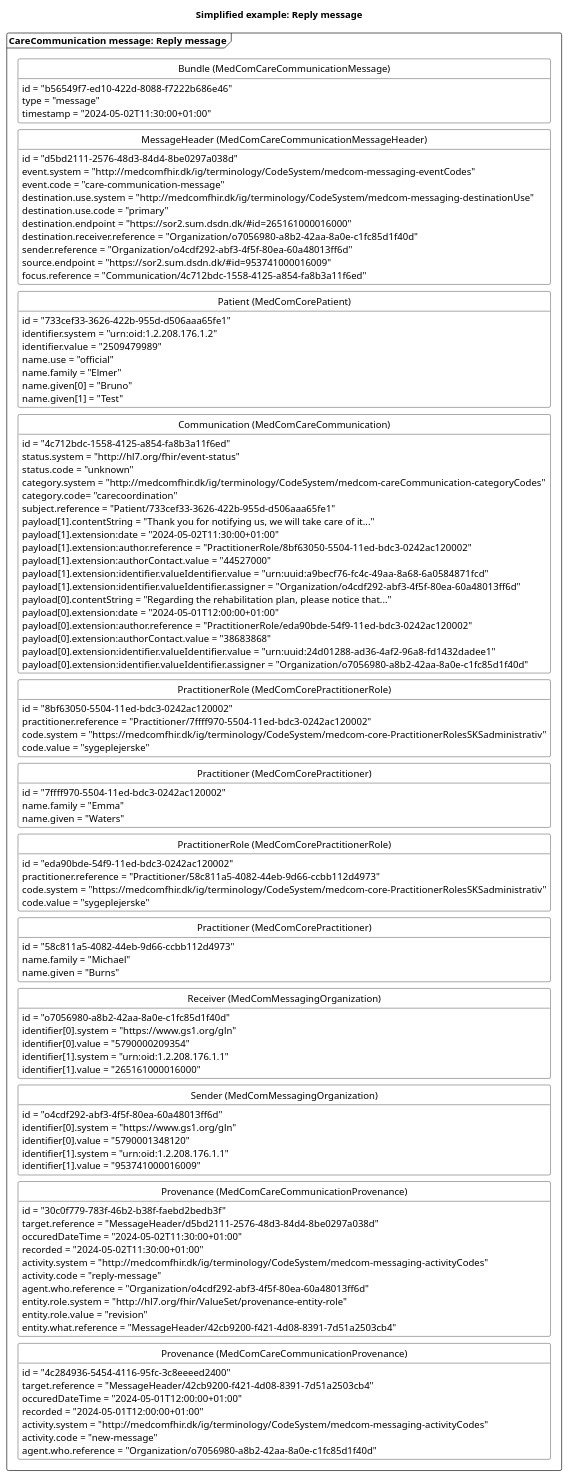
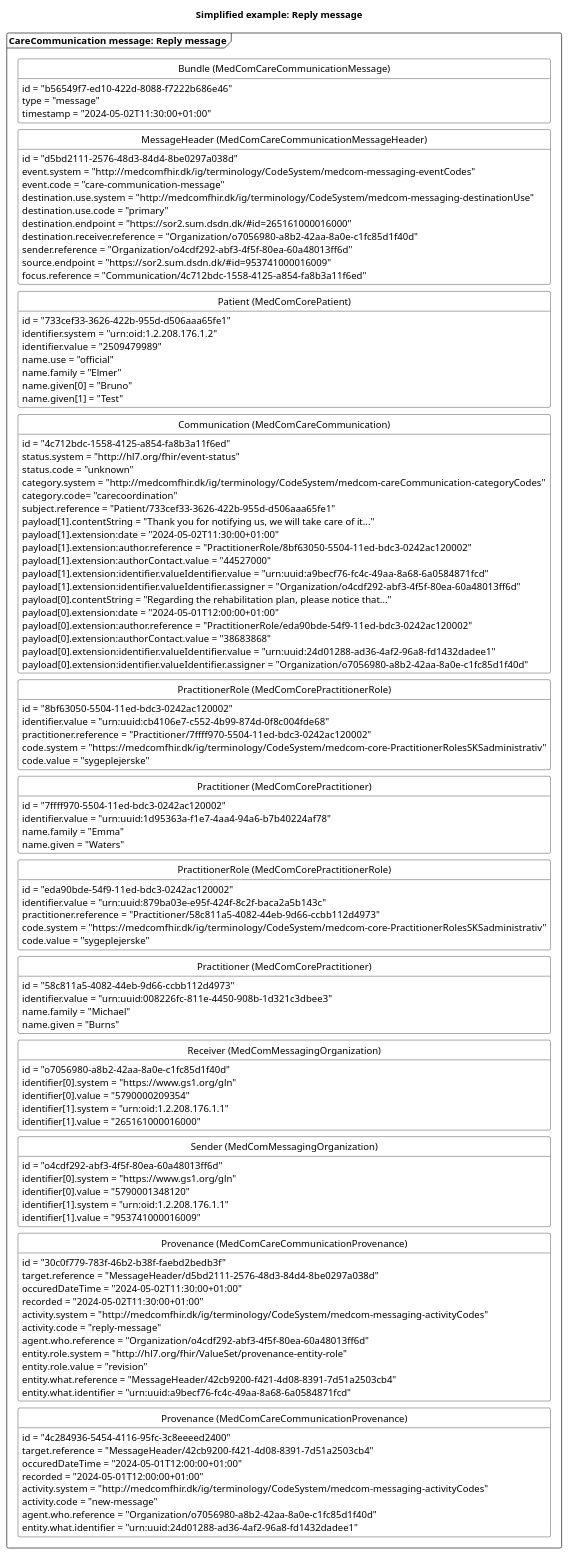
The diagram in puml/CareCommunicationReplyMessage.puml (medcomdk/dk-medcom-carecommunication), drawn with PlantUML before and after one commit. The commit also changed 2 other files, not shown here.

Commit message:
update of uml diagrams

```diff
--- a/puml/CareCommunicationReplyMessage.puml
+++ b/puml/CareCommunicationReplyMessage.puml
@@ -1,137 +1,143 @@
 @startuml CCreplyMessage
 
 'layout
 skinparam class {
     BackgroundColor White
     BorderColor Black
     ArrowColor Black
   }
 hide circle
 hide empty members
 skinparam SameClassWidth true
 skinparam Ranksep 10
 
 
 'title
 title Simplified example: Reply message
 
 'Message 1: reply message
 package "CareCommunication message: Reply message" as reply <<Frame>>{
     class "Bundle (MedComCareCommunicationMessage)" as replyB {
         id = "b56549f7-ed10-422d-8088-f7222b686e46"
         type = "message"
         timestamp = "2024-05-02T11:30:00+01:00"
     }
     class "MessageHeader (MedComCareCommunicationMessageHeader)" as replyMH{
         id = "d5bd2111-2576-48d3-84d4-8be0297a038d"
         event.system = "http://medcomfhir.dk/ig/terminology/CodeSystem/medcom-messaging-eventCodes"
         event.code = "care-communication-message"
         destination.use.system = "http://medcomfhir.dk/ig/terminology/CodeSystem/medcom-messaging-destinationUse"
         destination.use.code = "primary"
         destination.endpoint = "https://sor2.sum.dsdn.dk/#id=265161000016000"
         destination.receiver.reference = "Organization/o7056980-a8b2-42aa-8a0e-c1fc85d1f40d"
         sender.reference = "Organization/o4cdf292-abf3-4f5f-80ea-60a48013ff6d"
         source.endpoint = "https://sor2.sum.dsdn.dk/#id=953741000016009"
         focus.reference = "Communication/4c712bdc-1558-4125-a854-fa8b3a11f6ed"
     }
     class "Patient (MedComCorePatient)" as replyPT{
         id = "733cef33-3626-422b-955d-d506aaa65fe1"
         identifier.system = "urn:oid:1.2.208.176.1.2"
         identifier.value = "2509479989"
         name.use = "official"
         name.family = "Elmer"
         name.given[0] = "Bruno"
         name.given[1] = "Test"
     }
     class "Communication (MedComCareCommunication)" as replyCom{
         id = "4c712bdc-1558-4125-a854-fa8b3a11f6ed"
         status.system = "http://hl7.org/fhir/event-status" 
         status.code = "unknown"
         category.system = "http://medcomfhir.dk/ig/terminology/CodeSystem/medcom-careCommunication-categoryCodes"
         category.code= "carecoordination"
         subject.reference = "Patient/733cef33-3626-422b-955d-d506aaa65fe1"
         payload[1].contentString = "Thank you for notifying us, we will take care of it..."
         payload[1].extension:date = "2024-05-02T11:30:00+01:00"
         payload[1].extension:author.reference = "PractitionerRole/8bf63050-5504-11ed-bdc3-0242ac120002"
         payload[1].extension:authorContact.value = "44527000"
         payload[1].extension:identifier.valueIdentifier.value = "urn:uuid:a9becf76-fc4c-49aa-8a68-6a0584871fcd"
         payload[1].extension:identifier.valueIdentifier.assigner = "Organization/o4cdf292-abf3-4f5f-80ea-60a48013ff6d"
         payload[0].contentString = "Regarding the rehabilitation plan, please notice that..."
         payload[0].extension:date = "2024-05-01T12:00:00+01:00"
         payload[0].extension:author.reference = "PractitionerRole/eda90bde-54f9-11ed-bdc3-0242ac120002"
         payload[0].extension:authorContact.value = "38683868"
         payload[0].extension:identifier.valueIdentifier.value = "urn:uuid:24d01288-ad36-4af2-96a8-fd1432dadee1"
         payload[0].extension:identifier.valueIdentifier.assigner = "Organization/o7056980-a8b2-42aa-8a0e-c1fc85d1f40d"
     } 
     class "PractitionerRole (MedComCorePractitionerRole)" as replyPracR{
         id = "8bf63050-5504-11ed-bdc3-0242ac120002"
+        identifier.value = "urn:uuid:cb4106e7-c552-4b99-874d-0f8c004fde68"
         practitioner.reference = "Practitioner/7ffff970-5504-11ed-bdc3-0242ac120002"
         code.system = "https://medcomfhir.dk/ig/terminology/CodeSystem/medcom-core-PractitionerRolesSKSadministrativ"
         code.value = "sygeplejerske"
     }
     class "Practitioner (MedComCorePractitioner)" as replyPrac{
         id = "7ffff970-5504-11ed-bdc3-0242ac120002"
+        identifier.value = "urn:uuid:1d95363a-f1e7-4aa4-94a6-b7b40224af78"
         name.family = "Emma"
         name.given = "Waters"
     }
     class "PractitionerRole (MedComCorePractitionerRole)" as newPracR{
         id = "eda90bde-54f9-11ed-bdc3-0242ac120002"
+        identifier.value = "urn:uuid:879ba03e-e95f-424f-8c2f-baca2a5b143c"
         practitioner.reference = "Practitioner/58c811a5-4082-44eb-9d66-ccbb112d4973"
         code.system = "https://medcomfhir.dk/ig/terminology/CodeSystem/medcom-core-PractitionerRolesSKSadministrativ"
         code.value = "sygeplejerske"
     }
     class "Practitioner (MedComCorePractitioner)" as newPrac{
         id = "58c811a5-4082-44eb-9d66-ccbb112d4973"
+        identifier.value = "urn:uuid:008226fc-811e-4450-908b-1d321c3dbee3"
         name.family = "Michael"
         name.given = "Burns"
     }
     class "Sender (MedComMessagingOrganization)" as replySOrg{
         id = "o4cdf292-abf3-4f5f-80ea-60a48013ff6d"
         identifier[0].system = "https://www.gs1.org/gln"
         identifier[0].value = "5790001348120"
         identifier[1].system = "urn:oid:1.2.208.176.1.1"
         identifier[1].value = "953741000016009"
     }
     class "Receiver (MedComMessagingOrganization)" as replyROrg{
         id = "o7056980-a8b2-42aa-8a0e-c1fc85d1f40d"
         identifier[0].system = "https://www.gs1.org/gln"
         identifier[0].value = "5790000209354"
         identifier[1].system = "urn:oid:1.2.208.176.1.1"
         identifier[1].value = "265161000016000"
     }
     class "Provenance (MedComCareCommunicationProvenance)" as replyPRO{
         id = "30c0f779-783f-46b2-b38f-faebd2bedb3f"
         target.reference = "MessageHeader/d5bd2111-2576-48d3-84d4-8be0297a038d"
         occuredDateTime = "2024-05-02T11:30:00+01:00"
         recorded = "2024-05-02T11:30:00+01:00"
         activity.system = "http://medcomfhir.dk/ig/terminology/CodeSystem/medcom-messaging-activityCodes"
         activity.code = "reply-message"
         agent.who.reference = "Organization/o4cdf292-abf3-4f5f-80ea-60a48013ff6d"
         entity.role.system = "http://hl7.org/fhir/ValueSet/provenance-entity-role"
         entity.role.value = "revision"
         entity.what.reference = "MessageHeader/42cb9200-f421-4d08-8391-7d51a2503cb4"
+        entity.what.identifier = "urn:uuid:a9becf76-fc4c-49aa-8a68-6a0584871fcd"
     }
     class "Provenance (MedComCareCommunicationProvenance)" as newPRO{
         id = "4c284936-5454-4116-95fc-3c8eeeed2400"
         target.reference = "MessageHeader/42cb9200-f421-4d08-8391-7d51a2503cb4"
         occuredDateTime = "2024-05-01T12:00:00+01:00"
         recorded = "2024-05-01T12:00:00+01:00"
         activity.system = "http://medcomfhir.dk/ig/terminology/CodeSystem/medcom-messaging-activityCodes"
         activity.code = "new-message"
         agent.who.reference = "Organization/o7056980-a8b2-42aa-8a0e-c1fc85d1f40d"
+        entity.what.identifier = "urn:uuid:24d01288-ad36-4af2-96a8-fd1432dadee1"
     }
 
 replyB -[hidden]- replyMH
 replyMH -[hidden]-replyPT
 replyPT-[hidden]-replyCom
 replyCom -[hidden]-replyPracR
 replyPracR-[hidden]-replyPrac
 replyPrac-[hidden]-newPracR
 newPracR-[hidden]-newPrac
 newPrac-[hidden]-replyROrg
 replyROrg-[hidden]- replySOrg
 replySOrg-[hidden]-replyPRO
 replyPRO-[hidden]-newPRO
 
 
 @enduml
```
